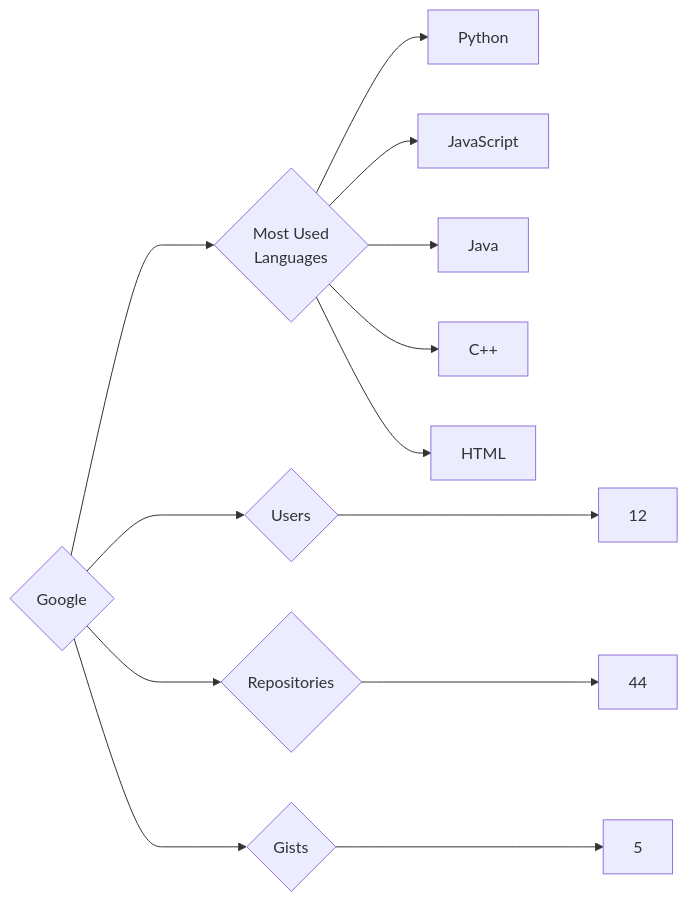
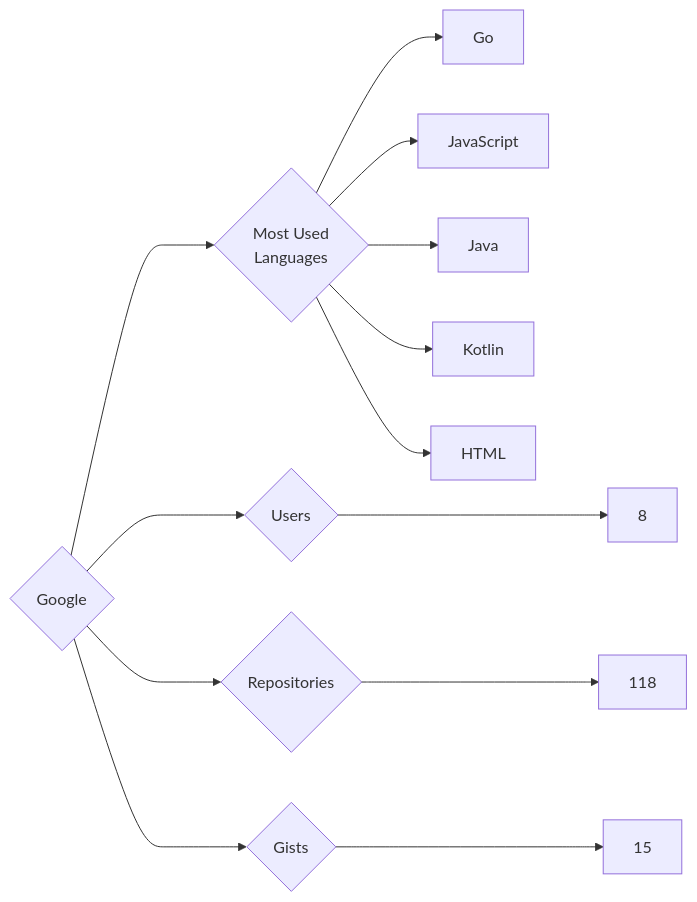
The diagram in targets/Google/README.md (trickest/insiders), drawn with Mermaid before and after one commit. The commit also changed 1175 other files, not shown here.

````diff
--- a/targets/Google/README.md
+++ b/targets/Google/README.md
@@ -3,13 +3,13 @@
 ```mermaid
 graph LR
 COMPANY_NAME{Google}
-COMPANY_NAME ---> U{Users} ---> UN[12]
-COMPANY_NAME ---> R{Repositories} ---> RN[44]
-COMPANY_NAME ---> G{Gists} ---> GN[5]
+COMPANY_NAME ---> U{Users} ---> UN[8]
+COMPANY_NAME ---> R{Repositories} ---> RN[118]
+COMPANY_NAME ---> G{Gists} ---> GN[15]
 COMPANY_NAME ---> ML{Most Used<br>Languages}
-ML --> Python[Python]
+ML --> Go[Go]
 ML --> JavaScript[JavaScript]
 ML --> Java[Java]
-ML --> C++[C++]
+ML --> Kotlin[Kotlin]
 ML --> HTML[HTML]
 ```
````
